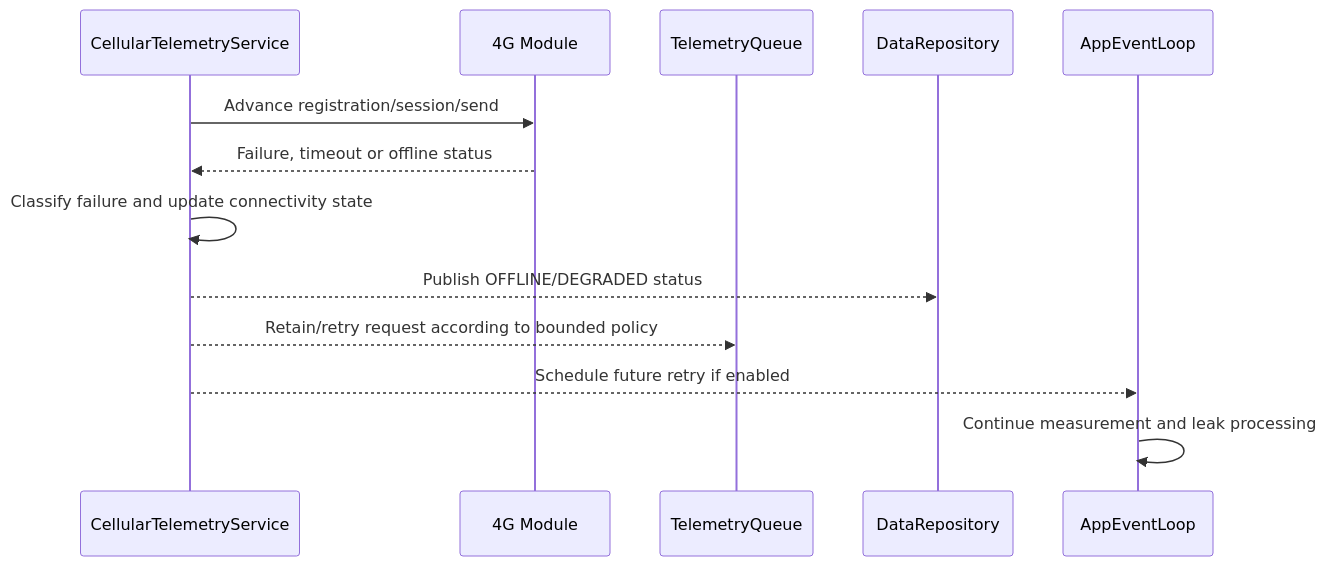
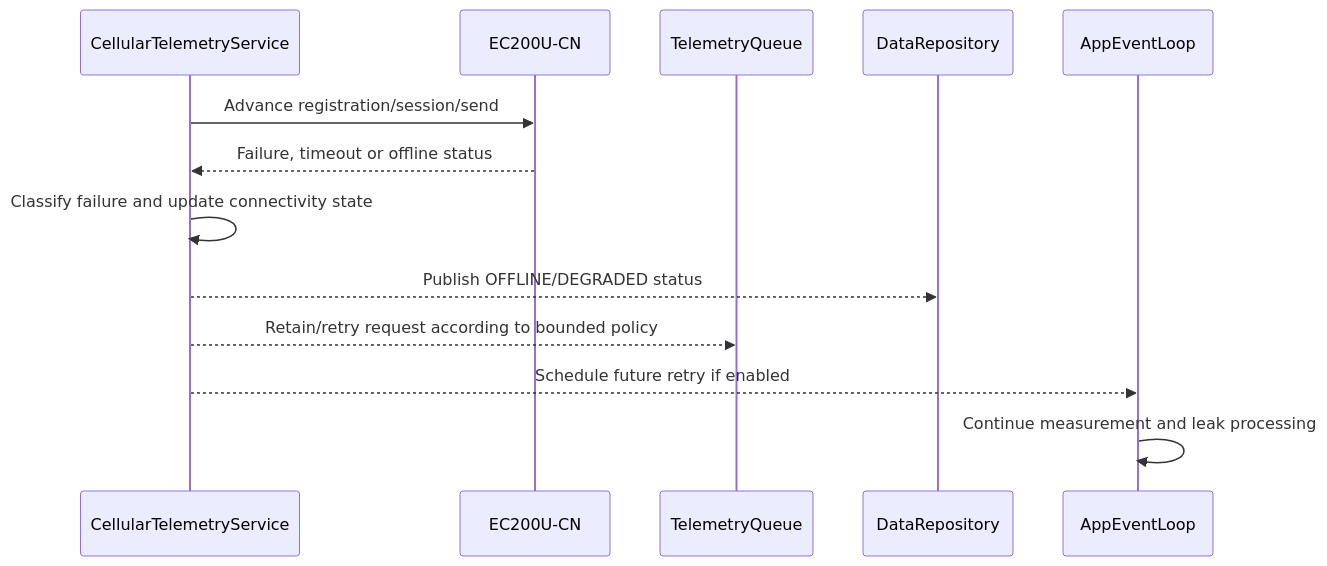
Before and after one commit to whoisLePhuc/smart-water-flow-pressure-monitor: diagram 20 of 27 in 1.docs/00_overview/05_sequence_diagrams.md, drawn with Mermaid. The commit also changed other lines of this file and 14 other files, not shown here.

````diff
--- a/1.docs/00_overview/05_sequence_diagrams.md
+++ b/1.docs/00_overview/05_sequence_diagrams.md
@@ -707,16 +707,16 @@
 ```mermaid
 sequenceDiagram
     participant CELL as CellularTelemetryService
-    participant MODEM as 4G Module
+    participant MODEM as EC200U-CN
     participant TQ as TelemetryQueue
     participant DR as DataRepository
     participant EL as AppEventLoop
 
     CELL->>MODEM: Advance registration/session/send
     MODEM-->>CELL: Failure, timeout or offline status
     CELL->>CELL: Classify failure and update connectivity state
     CELL-->>DR: Publish OFFLINE/DEGRADED status
     CELL-->>TQ: Retain/retry request according to bounded policy
     CELL-->>EL: Schedule future retry if enabled
     EL->>EL: Continue measurement and leak processing
 ```
````
